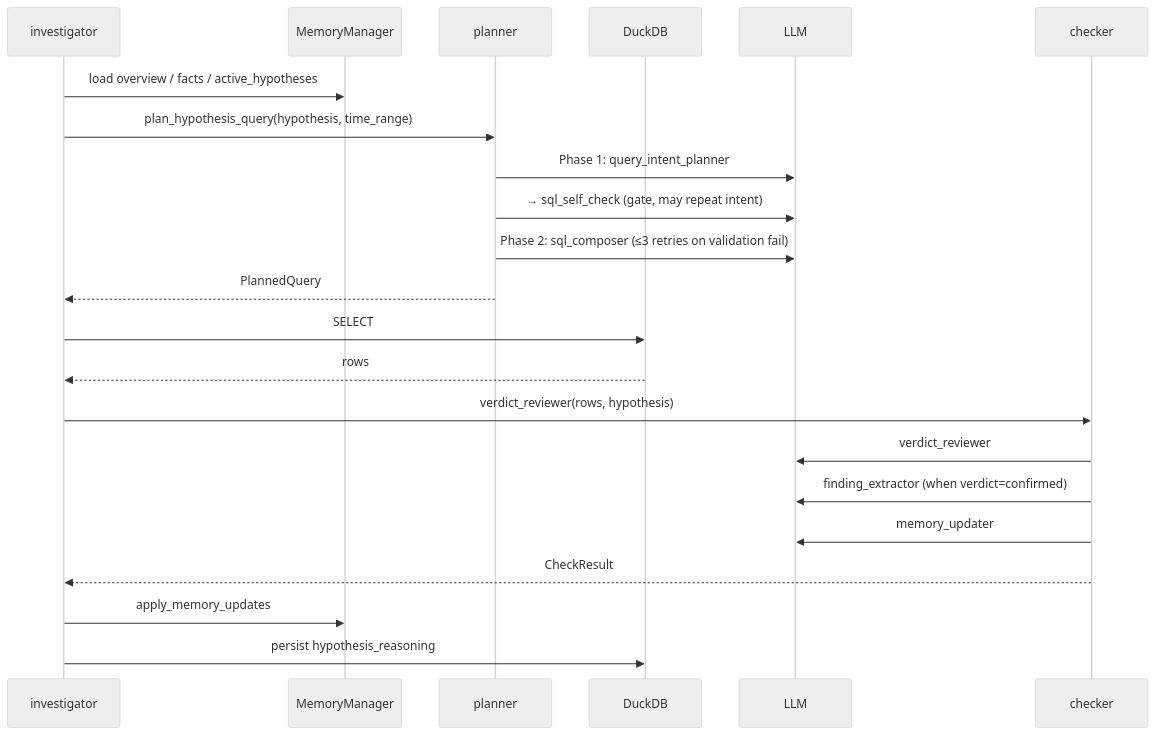
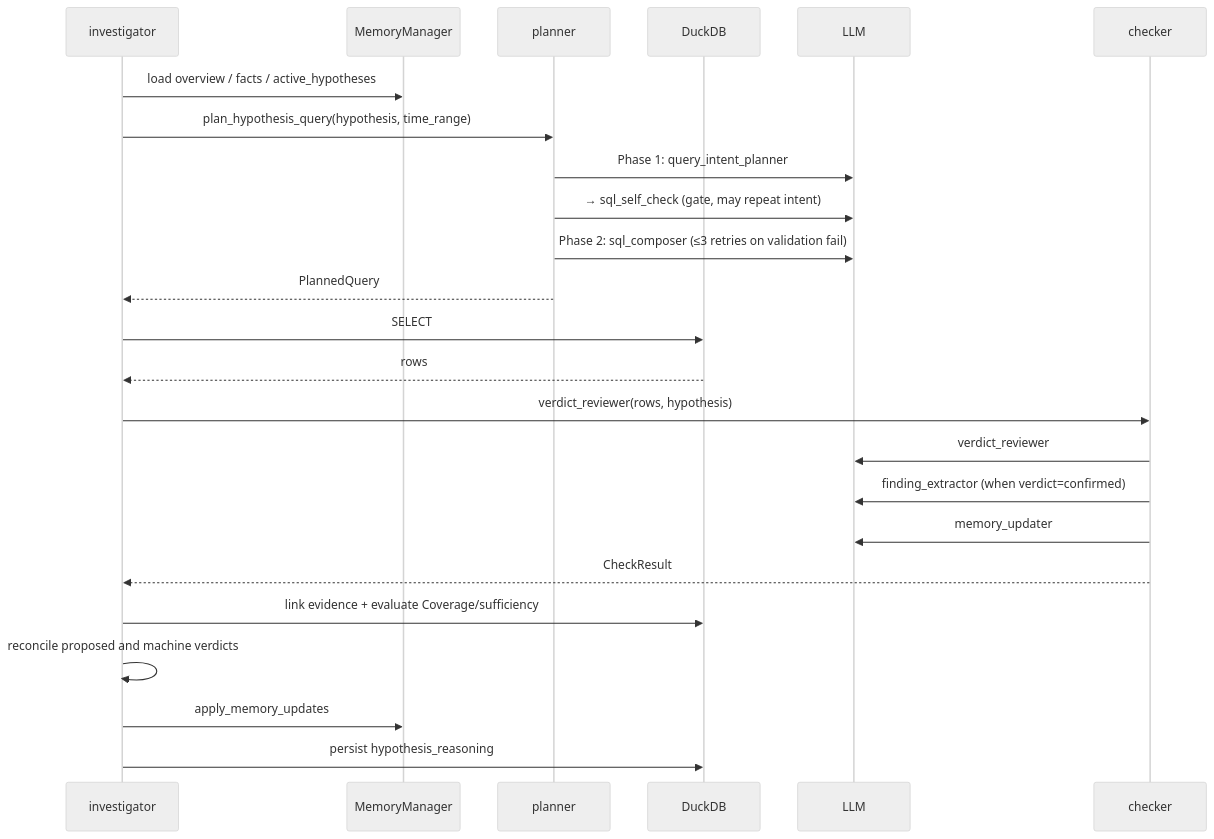
The third of 4 diagrams in docs/architecture.md (sumeshi/forensia), drawn with Mermaid (neutral theme) before and after one commit. The commit also changed other lines of this file and 44 other files, not shown here.

````diff
--- a/docs/architecture.md
+++ b/docs/architecture.md
@@ -119,25 +121,27 @@
 ```mermaid
 sequenceDiagram
     participant Inv as investigator
     participant Mem as MemoryManager
     participant Plan as planner
     participant DB as DuckDB
     participant LLM
     participant Chk as checker
 
     Inv->>Mem: load overview / facts / active_hypotheses
     Inv->>Plan: plan_hypothesis_query(hypothesis, time_range)
     Plan->>LLM: Phase 1: query_intent_planner
     Plan->>LLM: → sql_self_check (gate, may repeat intent)
     Plan->>LLM: Phase 2: sql_composer (≤3 retries on validation fail)
     Plan-->>Inv: PlannedQuery
     Inv->>DB: SELECT
     DB-->>Inv: rows
     Inv->>Chk: verdict_reviewer(rows, hypothesis)
     Chk->>LLM: verdict_reviewer
     Chk->>LLM: finding_extractor (when verdict=confirmed)
     Chk->>LLM: memory_updater
     Chk-->>Inv: CheckResult
+    Inv->>DB: link evidence + evaluate Coverage/sufficiency
+    Inv->>Inv: reconcile proposed and machine verdicts
     Inv->>Mem: apply_memory_updates
     Inv->>DB: persist hypothesis_reasoning
 ```
````
